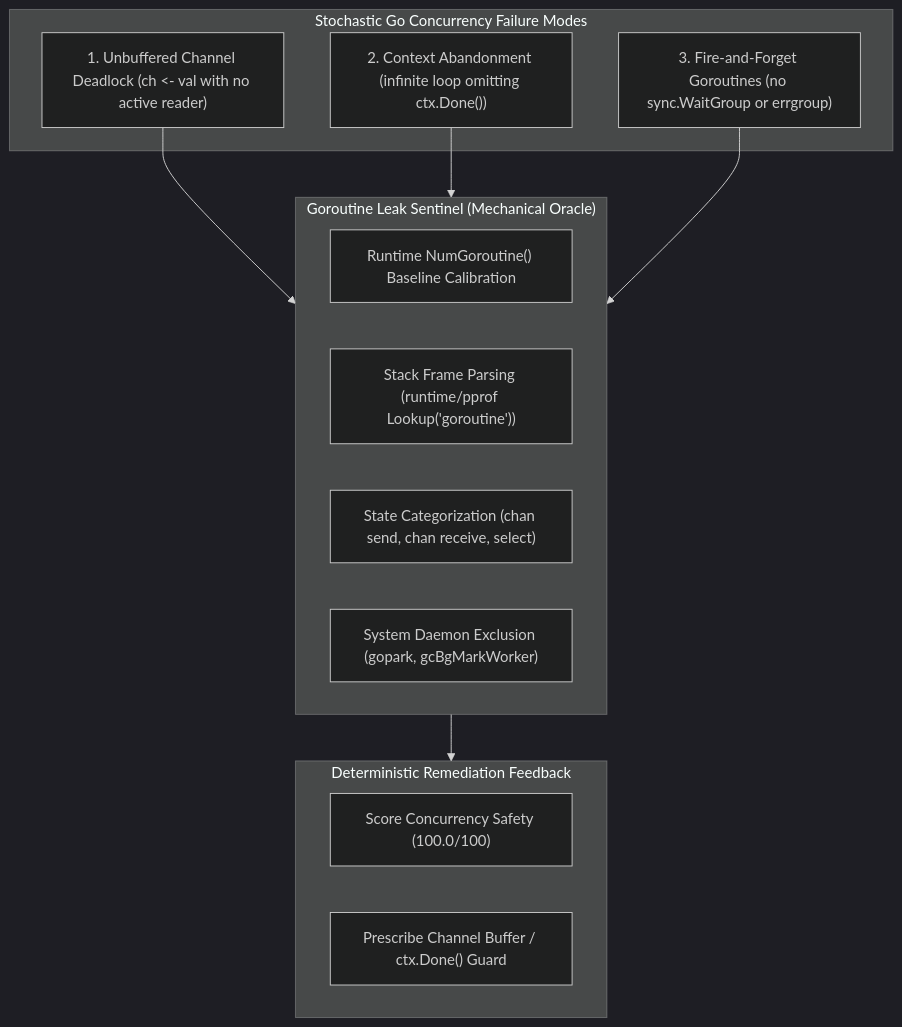
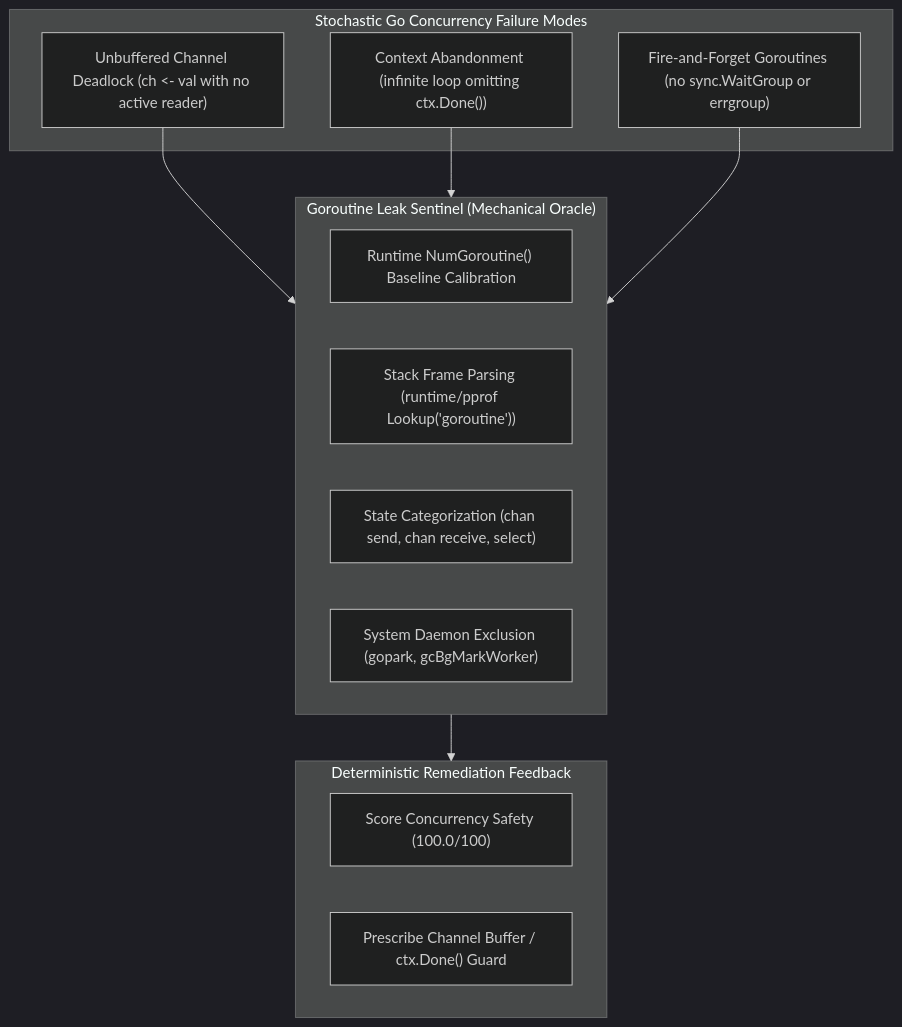
One commit to dan-petty/vibes changed the first of 2 diagrams in examples/go-leak-sentinel/README.md. Above: the diagram before and after it, drawn with Mermaid (dark theme). The commit also changed other lines of this file and 6 other files, not shown here.

````diff
--- a/examples/go-leak-sentinel/README.md
+++ b/examples/go-leak-sentinel/README.md
@@ -16,25 +16,25 @@
 ```mermaid
 flowchart TD
     subgraph LLMConcurrenyTraps["Stochastic Go Concurrency Failure Modes"]
-        T1["1. Unbuffered Channel Deadlock (ch <- val with no active reader)"]
-        T2["2. Context Abandonment (infinite loop omitting ctx.Done())"]
-        T3["3. Fire-and-Forget Goroutines (no sync.WaitGroup or errgroup)"]
+        T1["Unbuffered Channel Deadlock (ch <- val with no active reader)"]
+        T2["Context Abandonment (infinite loop omitting ctx.Done())"]
+        T3["Fire-and-Forget Goroutines (no sync.WaitGroup or errgroup)"]
     end
 
     subgraph Oracle["Goroutine Leak Sentinel (Mechanical Oracle)"]
         O1["Runtime NumGoroutine() Baseline Calibration"]
         O2["Stack Frame Parsing (runtime/pprof Lookup('goroutine'))"]
         O3["State Categorization (chan send, chan receive, select)"]
         O4["System Daemon Exclusion (gopark, gcBgMarkWorker)"]
     end
 
     subgraph Actions["Deterministic Remediation Feedback"]
         A1["Score Concurrency Safety (100.0/100)"]
         A2["Prescribe Channel Buffer / ctx.Done() Guard"]
     end
 
     T1 --> Oracle
     T2 --> Oracle
     T3 --> Oracle
     Oracle --> Actions
 ```
````
